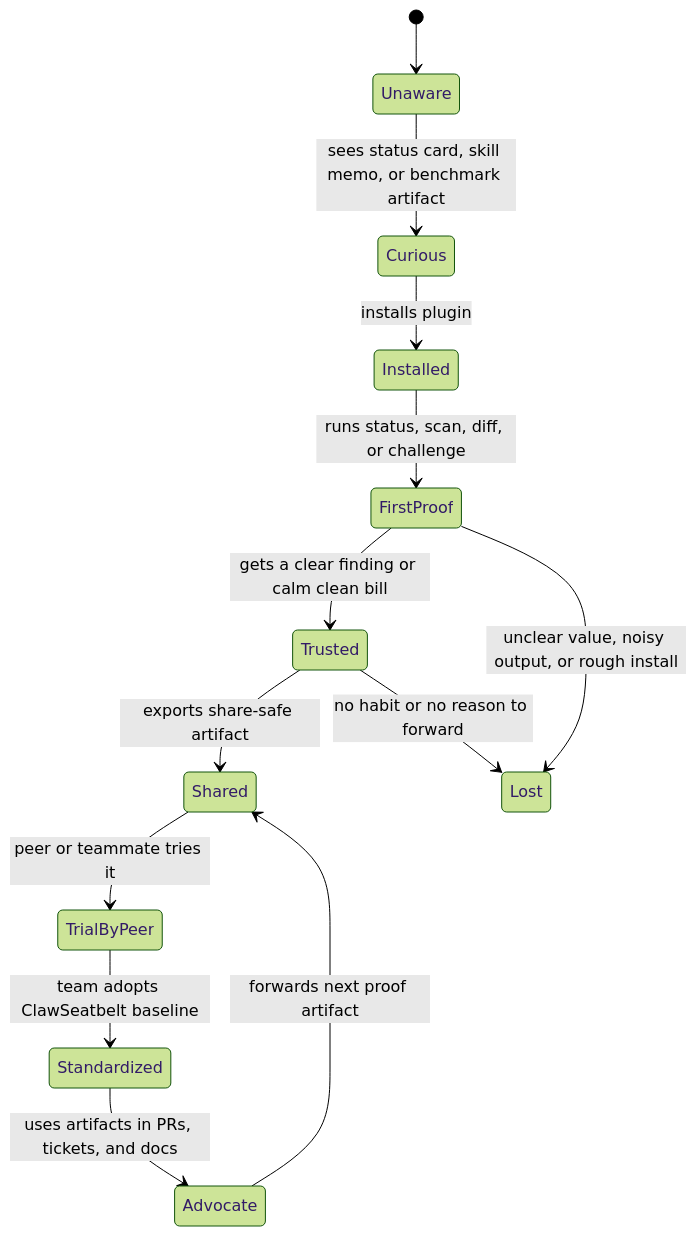
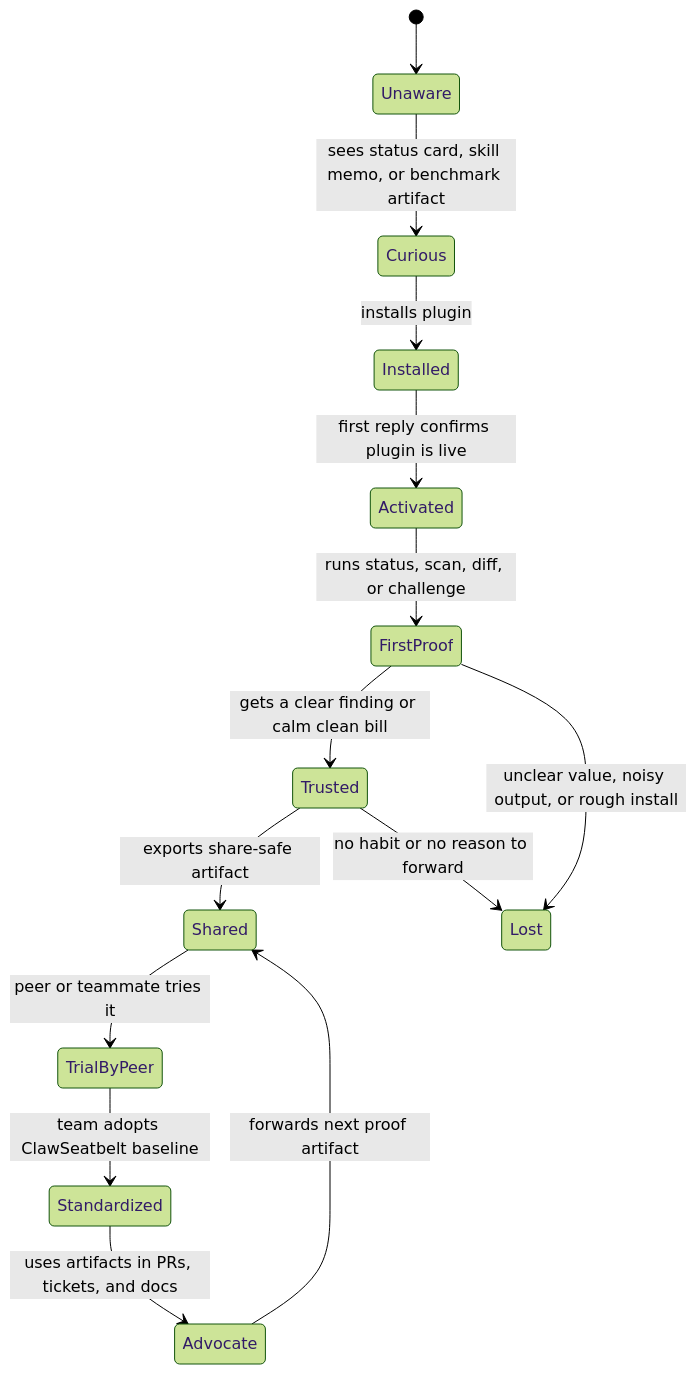
One commit to cschanhniem/clawshield changed the first of 3 diagrams in docs/architecture/trust-loop.md. Above: the diagram before and after it, drawn with Mermaid (forest theme). The commit also changed other lines of this file and 40 other files, not shown here.

````diff
--- a/docs/architecture/trust-loop.md
+++ b/docs/architecture/trust-loop.md
@@ -9,15 +9,16 @@
 ```mermaid
 stateDiagram-v2
   [*] --> Unaware
   Unaware --> Curious: sees status card, skill memo, or benchmark artifact
   Curious --> Installed: installs plugin
-  Installed --> FirstProof: runs status, scan, diff, or challenge
+  Installed --> Activated: first reply confirms plugin is live
+  Activated --> FirstProof: runs status, scan, diff, or challenge
   FirstProof --> Trusted: gets a clear finding or calm clean bill
   Trusted --> Shared: exports share-safe artifact
   Shared --> TrialByPeer: peer or teammate tries it
   TrialByPeer --> Standardized: team adopts ClawSeatbelt baseline
   Standardized --> Advocate: uses artifacts in PRs, tickets, and docs
   Advocate --> Shared: forwards next proof artifact
   FirstProof --> Lost: unclear value, noisy output, or rough install
   Trusted --> Lost: no habit or no reason to forward
 ```
````
